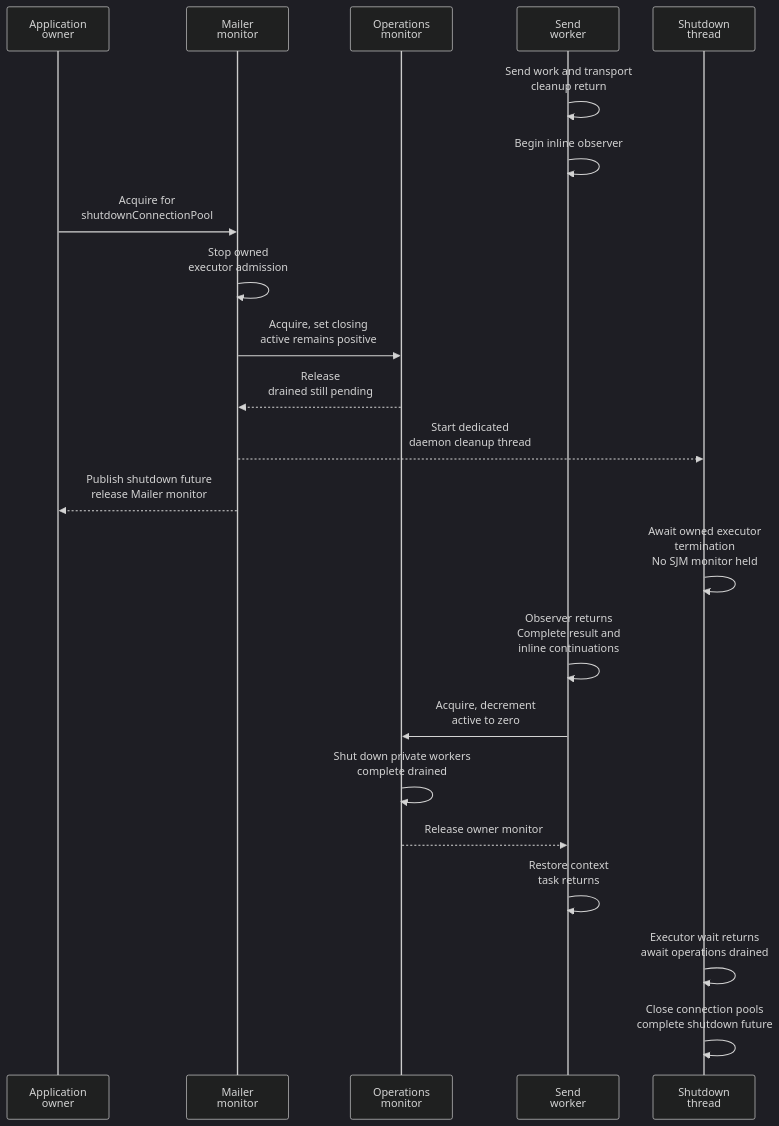
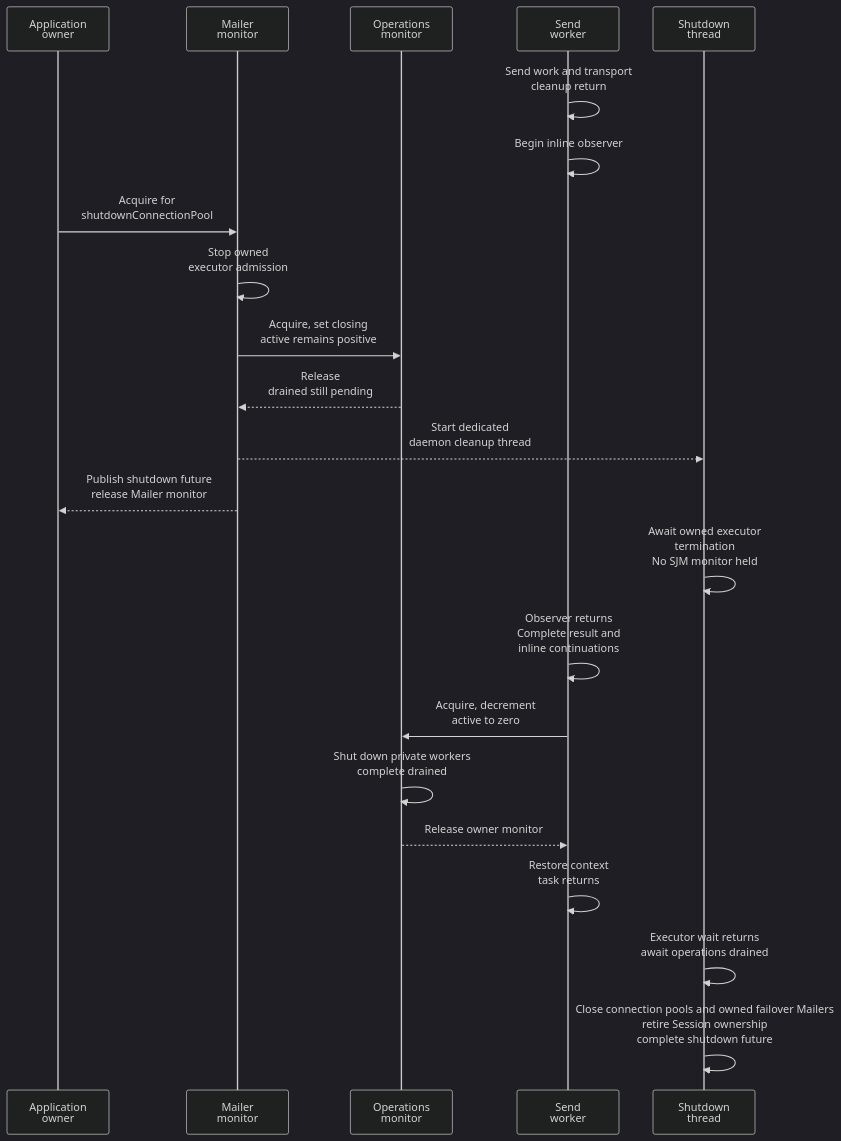
One commit to bbottema/simple-java-mail changed the second of 3 diagrams in docs/concurrency/02-mailer-lifecycle.md. Above: the diagram before and after it, drawn with Mermaid (dark theme). The commit also changed other lines of this file and 17 other files, not shown here.

Commit message:
docs(failover): finalize ownership, recovery and verification guidance (#755, #757)

````diff
--- a/docs/concurrency/02-mailer-lifecycle.md
+++ b/docs/concurrency/02-mailer-lifecycle.md
@@ -66,24 +67,24 @@
 ```mermaid
 sequenceDiagram
     participant A as Application<br/>owner
     participant M as Mailer<br/>monitor
     participant O as Operations<br/>monitor
     participant W as Send<br/>worker
     participant S as Shutdown<br/>thread
     W->>W: Send work and transport<br/>cleanup return
     W->>W: Begin inline observer
     A->>M: Acquire for<br/>shutdownConnectionPool
     M->>M: Stop owned<br/>executor admission
     M->>O: Acquire, set closing<br/>active remains positive
     O-->>M: Release<br/>drained still pending
     M-->>S: Start dedicated<br/>daemon cleanup thread
     M-->>A: Publish shutdown future<br/>release Mailer monitor
     S->>S: Await owned executor<br/>termination<br/>No SJM monitor held
     W->>W: Observer returns<br/>Complete result and<br/>inline continuations
     W->>O: Acquire, decrement<br/>active to zero
     O->>O: Shut down private workers<br/>complete drained
     O-->>W: Release owner monitor
     W->>W: Restore context<br/>task returns
     S->>S: Executor wait returns<br/>await operations drained
-    S->>S: Close connection pools<br/>complete shutdown future
+    S->>S: Close connection pools and owned failover Mailers<br/>retire Session ownership<br/>complete shutdown future
 ```
````
